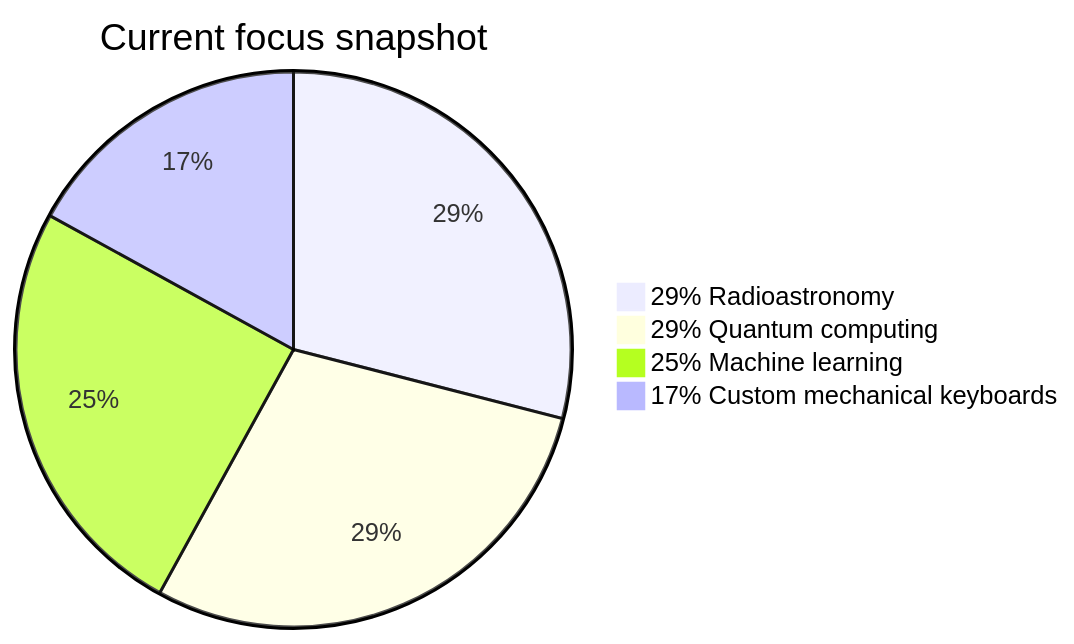
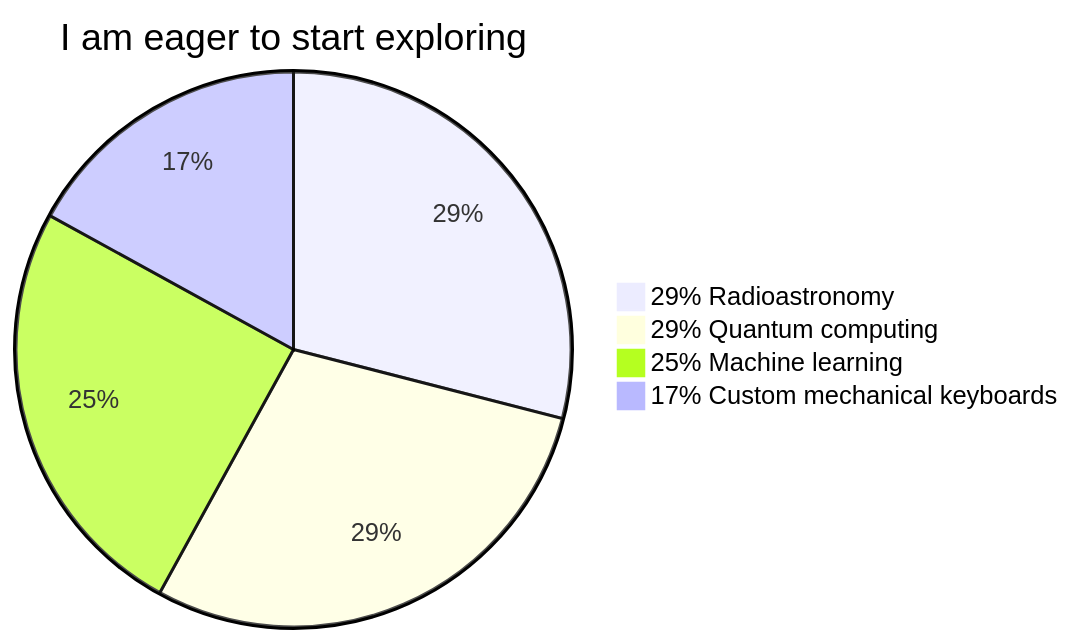
The second of 2 diagrams in README.md (jieggii/jieggii), drawn with Mermaid before and after one commit.

````diff
--- a/README.md
+++ b/README.md
@@ -30,7 +30,7 @@
 ```mermaid
-pie title Current focus snapshot
+pie title I am eager to start exploring
     "29% Radioastronomy": 29
     "29% Quantum computing" : 29
     "25% Machine learning" : 25
     "17% Custom mechanical keyboards" : 17
 ```
````
